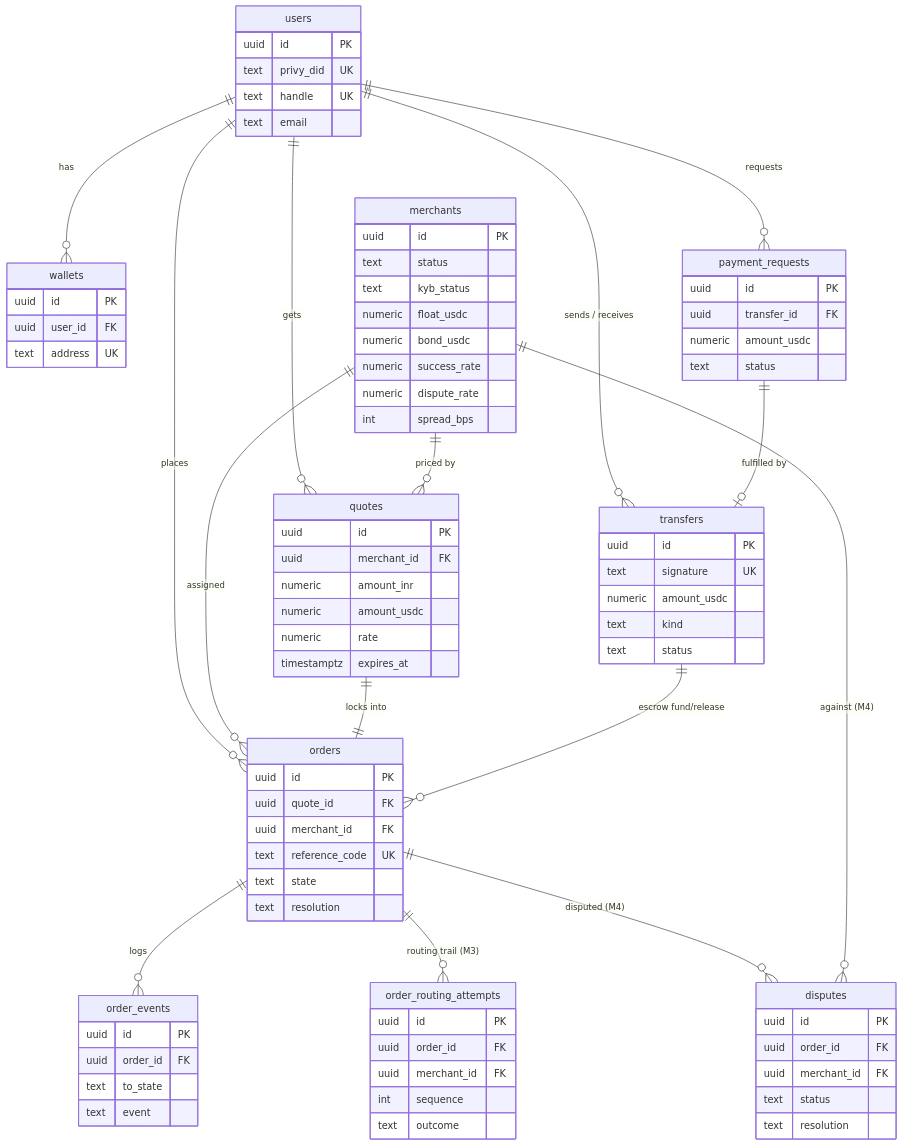
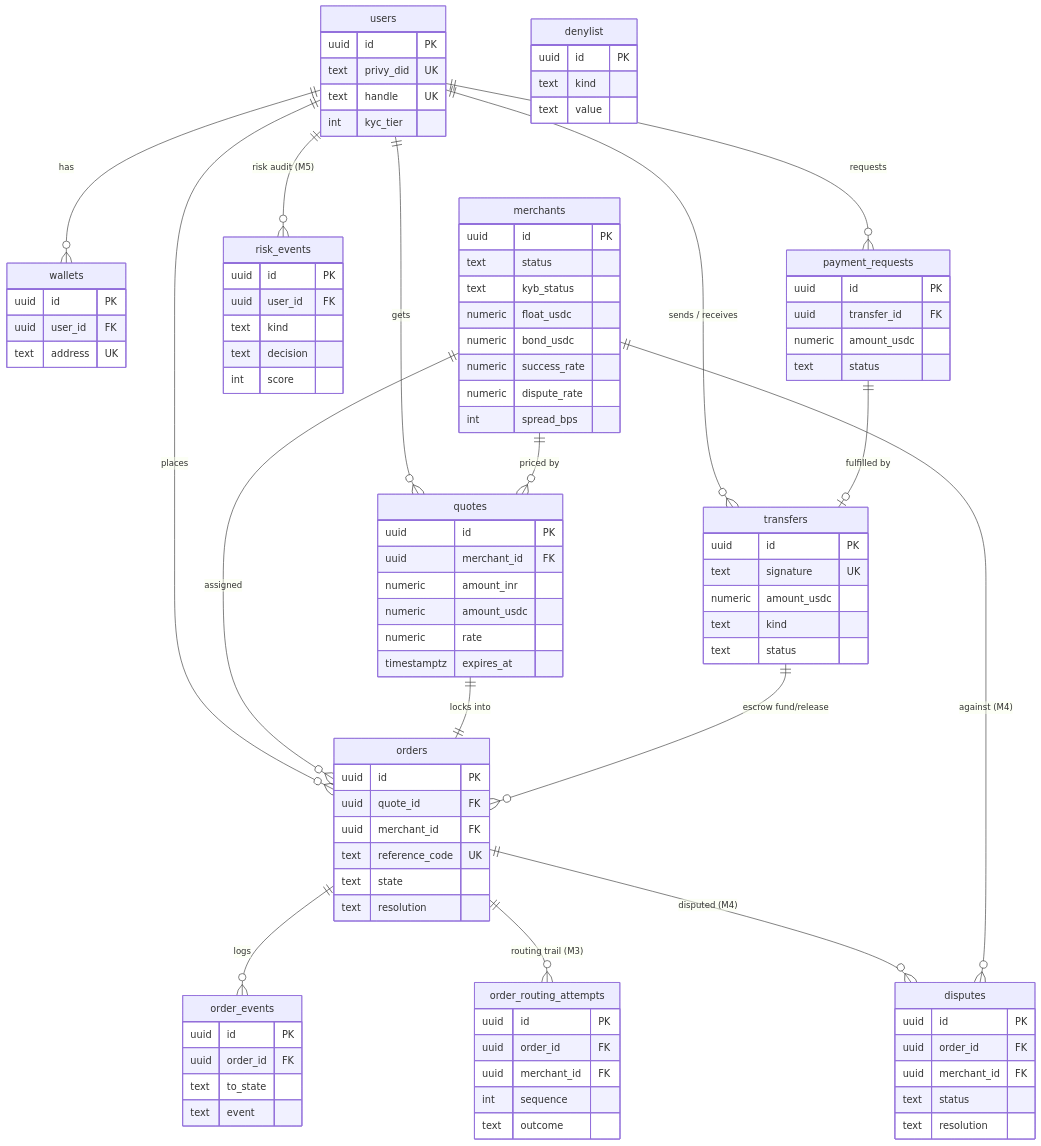
Before and after one commit to unabrijed/frenspay: the diagram in monorepo/docs/10-data-model.md, drawn with Mermaid. The commit also changed other lines of this file and 9 other files, not shown here.

````diff
--- a/monorepo/docs/10-data-model.md
+++ b/monorepo/docs/10-data-model.md
@@ -16,6 +16,7 @@
     users ||--o{ payment_requests : requests
     users ||--o{ quotes : gets
     users ||--o{ orders : places
+    users ||--o{ risk_events : "risk audit (M5)"
     merchants ||--o{ quotes : "priced by"
     merchants ||--o{ orders : assigned
     quotes ||--|| orders : "locks into"
@@ -30,7 +31,7 @@
         uuid id PK
         text privy_did UK
         text handle UK
-        text email
+        int kyc_tier
     }
     wallets {
         uuid id PK
@@ -96,4 +97,16 @@
         text status
         text resolution
     }
+    denylist {
+        uuid id PK
+        text kind
+        text value
+    }
+    risk_events {
+        uuid id PK
+        uuid user_id FK
+        text kind
+        text decision
+        int score
+    }
 ```
````
